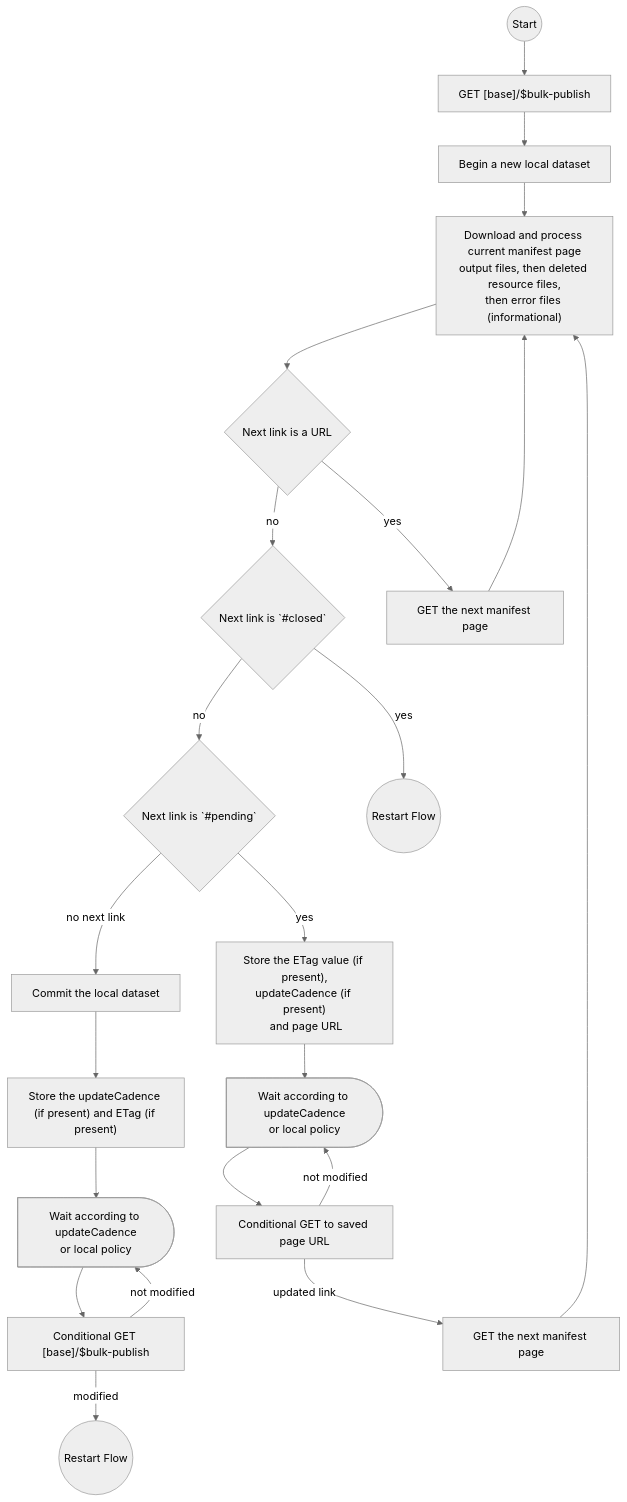
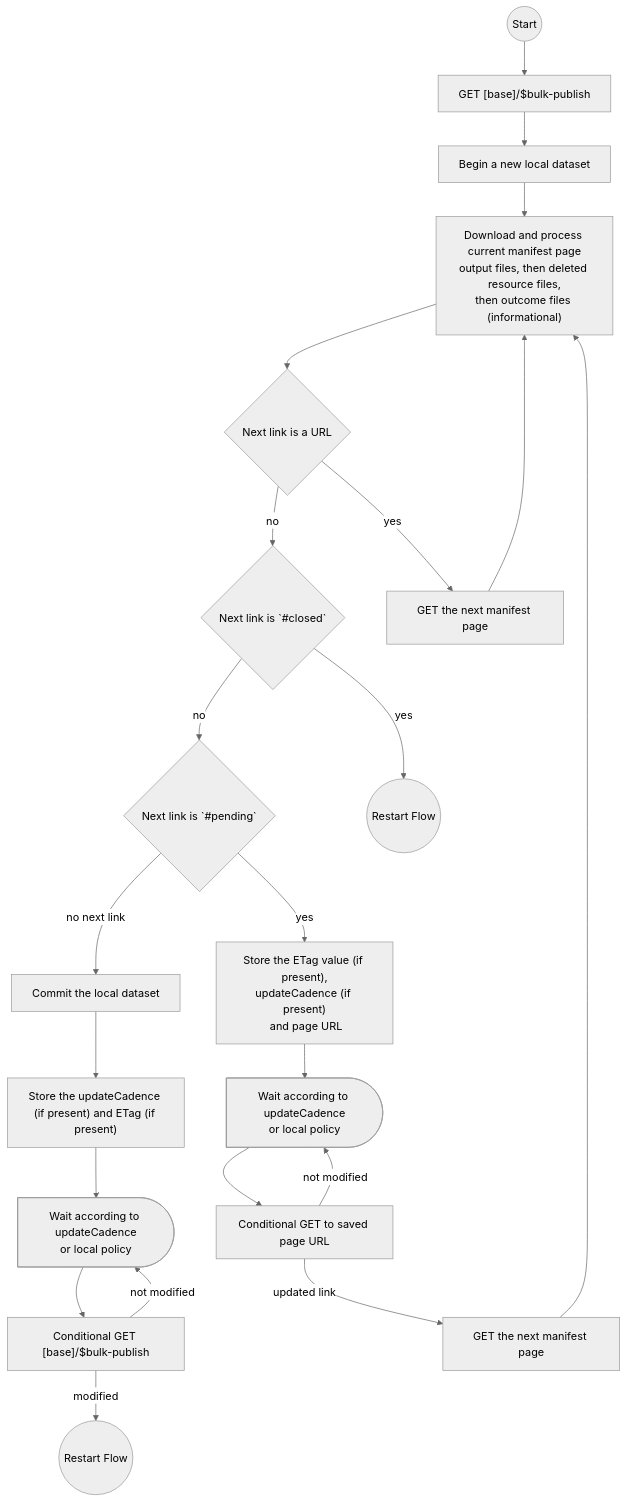
The diagram in input/pagecontent/publish-manifest-retrieval-flow.md (HL7/bulk-data), drawn with Mermaid (neutral theme) before and after one commit. The commit also changed 16 other files, not shown here.

Commit message:
Remove request and manifestType, rename output to error.

````diff
--- a/input/pagecontent/publish-manifest-retrieval-flow.md
+++ b/input/pagecontent/publish-manifest-retrieval-flow.md
@@ -1,45 +1,45 @@
 ```mermaid
 flowchart TD
     requestRoot["GET [base]/$bulk-publish"]
     startDataset["Begin a new local dataset"]
-    processPage["Download and process current manifest page<br/>output files, then deleted resource files,<br/>then error files (informational)"]
+    processPage["Download and process current manifest page<br/>output files, then deleted resource files,<br/>then outcome files (informational)"]
     hasAbsoluteLink{"Next link is a URL"}
     hasClosedLink{"Next link is `#closed`"}
     hasPendingLink{"Next link is `#pending`"}
     start@{shape: "circle", label: "Start"}
     getNext["GET the next manifest page"]
     closedRestart@{shape: "circle", label: "Restart Flow"}
     commitDataset["Commit the local dataset"]
     saveRoot["Store the updateCadence (if present) and ETag (if present)"]
     waitRoot@{shape: delay, label: "Wait according to updateCadence<br/>or local policy"}
     pollRoot["Conditional GET [base]/$bulk-publish"]
     restartFlow@{shape: "circle", label: "Restart Flow"}
     savePending["Store the ETag value (if present),<br/>updateCadence (if present)<br/> and page URL"]
     waitPending@{shape: delay, label: "Wait according to updateCadence<br/>or local policy"}
     pollPending["Conditional GET to saved page URL"]
     pollRetrieve["GET the next manifest page"]
 
     start --> requestRoot --> startDataset --> processPage --> hasAbsoluteLink
 
     hasAbsoluteLink --> |yes| getNext
     getNext --> processPage
     hasAbsoluteLink --> |no| hasClosedLink
 
     hasClosedLink --> |no| hasPendingLink
     hasClosedLink --> |yes| closedRestart
 
     hasPendingLink --> |no next link| commitDataset
     commitDataset --> saveRoot
     saveRoot --> waitRoot
     waitRoot --> pollRoot
     pollRoot --> |not modified| waitRoot
     pollRoot --> |modified| restartFlow
 
     hasPendingLink --> |yes| savePending
     savePending --> waitPending
     waitPending --> pollPending
     pollPending --> |not modified| waitPending
     pollPending --> |updated link| pollRetrieve
     pollRetrieve --> processPage
 
 ```
````
